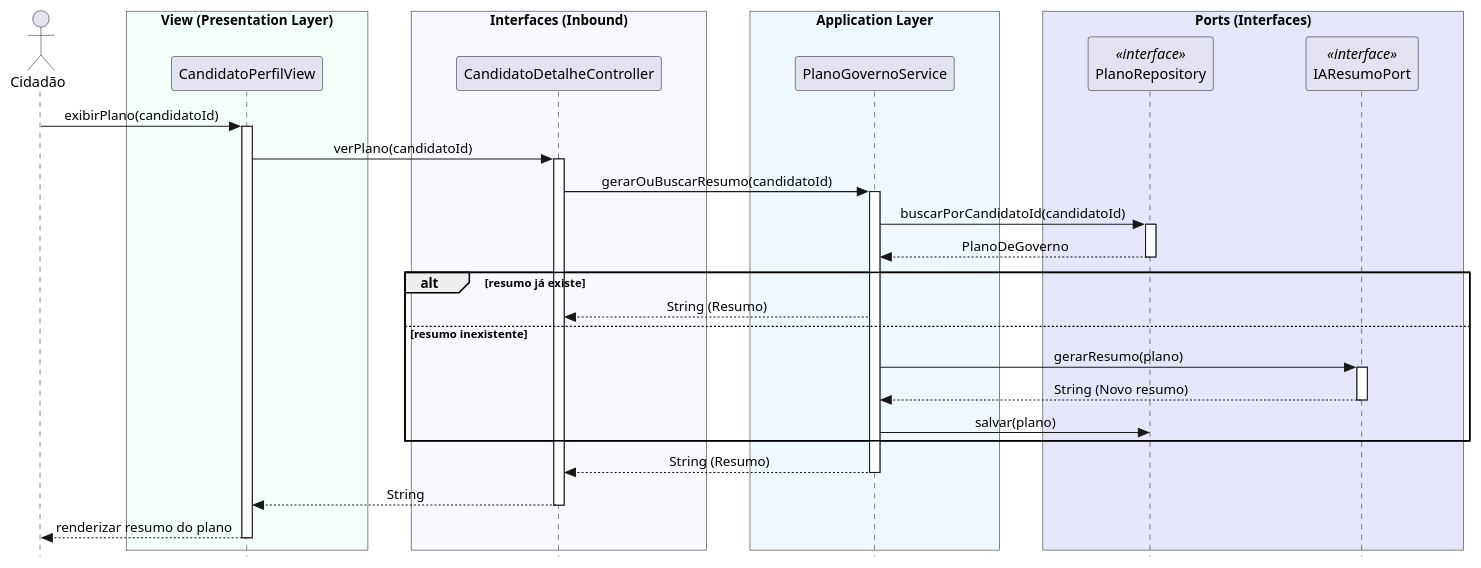
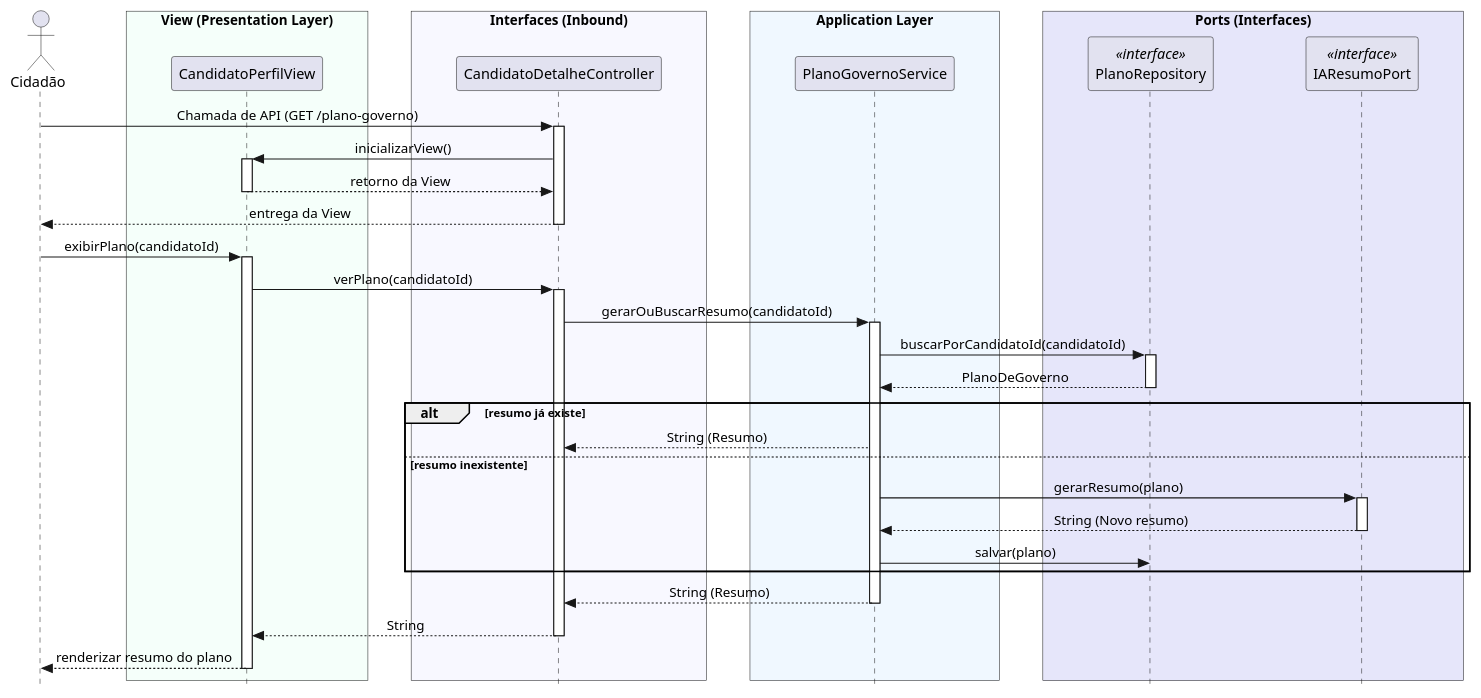
One commit to gabrielfaravola/ProjetoEngenharia changed the diagram in sistema-java/docs/02 - Implementação/Diagramas_de_Squência_de_Sistema/UC4.md. Above: the diagram before and after it, drawn with PlantUML. The commit also changed other lines of this file, not shown here.

Commit message:
Revise sequence diagrams in UC4.md
Updated sequence diagrams for the government plan overview.

````diff
--- a/sistema-java/docs/02 - Implementação/Diagramas_de_Squência_de_Sistema/UC4.md
+++ b/sistema-java/docs/02 - Implementação/Diagramas_de_Squência_de_Sistema/UC4.md
@@ -6,64 +6,76 @@
 ```plantuml
 @startuml
 skinparam style strictuml
 skinparam sequenceMessageAlign center
 skinparam ParticipantPadding 40
 skinparam ParticipantMinWidth 140
 skinparam BoxPadding 20
 
 actor "Cidadão" as User
 
 box "View (Presentation Layer)" #MintCream
 participant "CandidatoPerfilView" as View
 end box
 
 box "Interfaces (Inbound)" #GhostWhite
 participant "CandidatoDetalheController" as Ctrl
 end box
 
 box "Application Layer" #AliceBlue
 participant "PlanoGovernoService" as Service
 end box
 
 box "Ports (Interfaces)" #Lavender
 participant "PlanoRepository" as Repo <<interface>>
 participant "IAResumoPort" as IA <<interface>>
 end box
 
+' --- INTERAÇÃO INICIAL DE ACESSO (CHAMADA DE API) ---
+User -> Ctrl : Chamada de API (GET /plano-governo)
+activate Ctrl
 
+Ctrl -> View : inicializarView()
+activate View
+View --> Ctrl : retorno da View
+deactivate View
+
+Ctrl --> User : entrega da View
+deactivate Ctrl
+
+' --- FLUXO ORIGINAL DE PROCESSAMENTO ---
 User -> View : exibirPlano(candidatoId)
 activate View
 
 View -> Ctrl : verPlano(candidatoId)
 activate Ctrl
 
 Ctrl -> Service : gerarOuBuscarResumo(candidatoId)
 activate Service
 
 Service -> Repo : buscarPorCandidatoId(candidatoId)
 activate Repo
 Repo --> Service : PlanoDeGoverno
 deactivate Repo
 
 alt resumo já existe
     Service --> Ctrl : String (Resumo)
 else resumo inexistente
     Service -> IA : gerarResumo(plano)
     activate IA
     IA --> Service : String (Novo resumo)
     deactivate IA
 
     Service -> Repo : salvar(plano)
 end
 
 Service --> Ctrl : String (Resumo)
 deactivate Service
 
 Ctrl --> View : String
 deactivate Ctrl
 
 View --> User : renderizar resumo do plano
 deactivate View
 
 @enduml
 ```
````
